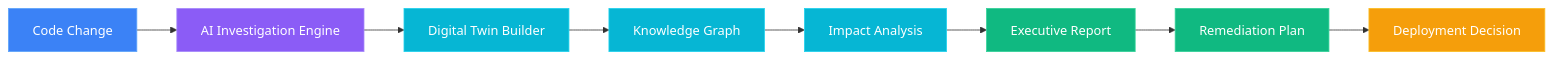
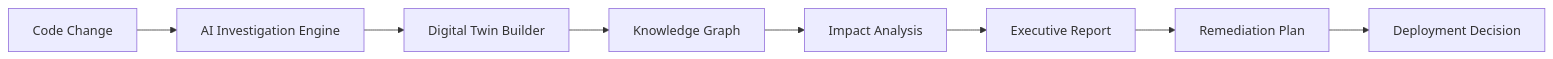
One commit to tejshveeyerpurwad-hash/orbit-vision changed the first of 2 diagrams in README.md. Above: the diagram before and after it, drawn with Mermaid. The commit also changed other lines of this file, not shown here.

Commit message:
fix: resolve GitHub Mermaid architecture rendering

````diff
--- a/README.md
+++ b/README.md
@@ -66,16 +66,10 @@
 ```mermaid
 flowchart LR
-    A["Code Change"]:::input --> B["AI Investigation Engine"]:::ai
-    B --> C["Digital Twin Builder"]:::core
-    C --> D["Knowledge Graph"]:::core
-    D --> E["Impact Analysis"]:::core
-    E --> F["Executive Report"]:::output
-    F --> G["Remediation Plan"]:::output
-    G --> H["Deployment Decision"]:::decision
-
-    classDef input fill:#3b82f6,stroke:#60a5fa,color:#fff
-    classDef ai fill:#8b5cf6,stroke:#a78bfa,color:#fff
-    classDef core fill:#06b6d4,stroke:#22d3ee,color:#fff
-    classDef output fill:#10b981,stroke:#34d399,color:#fff
-    classDef decision fill:#f59e0b,stroke:#fbbf24,color:#fff
+    A["Code Change"] --> B["AI Investigation Engine"]
+    B --> C["Digital Twin Builder"]
+    C --> D["Knowledge Graph"]
+    D --> E["Impact Analysis"]
+    E --> F["Executive Report"]
+    F --> G["Remediation Plan"]
+    G --> H["Deployment Decision"]
 ```
````
